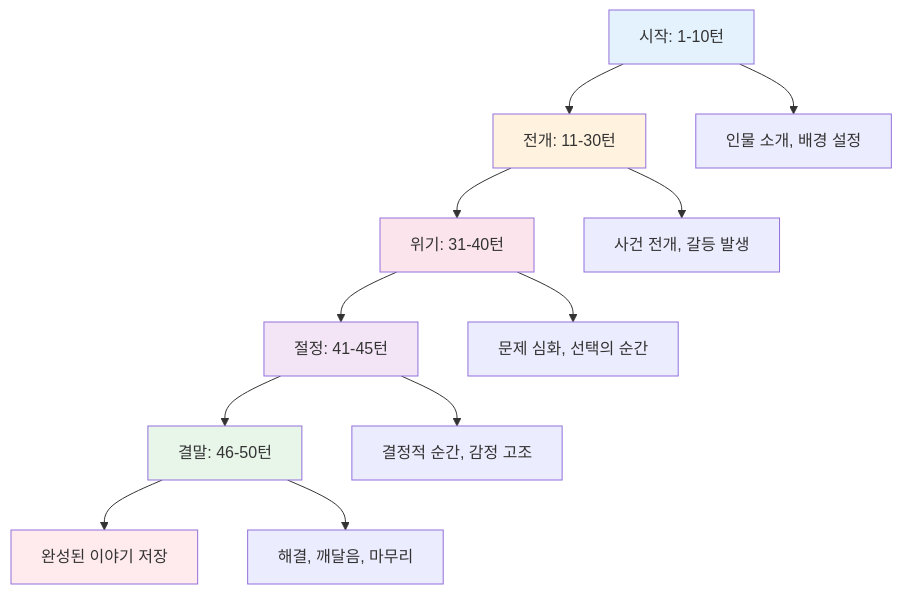
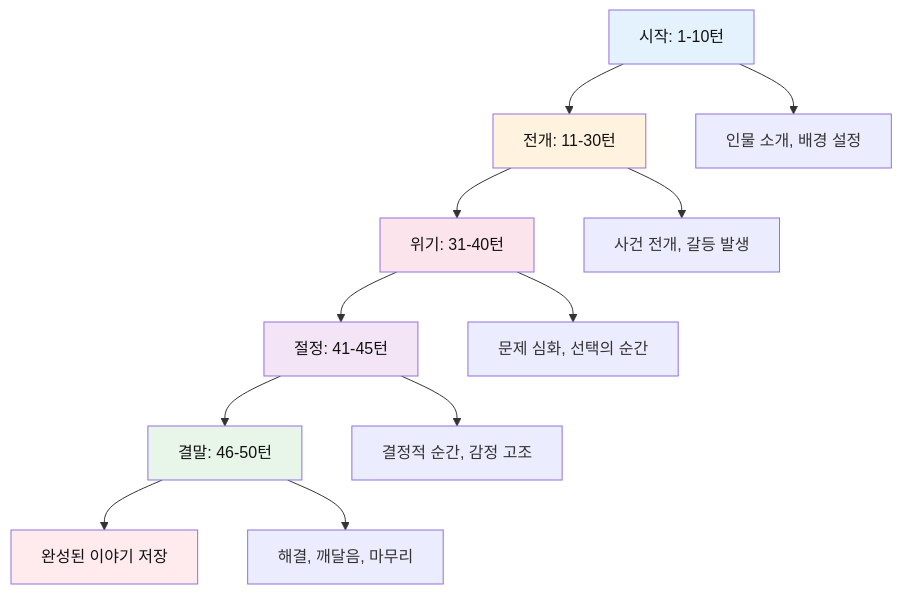
Before and after one commit to Collegenie-X/AIMakerLab_Web: the fourth of 23 diagrams in documents/6차식/6차시_고등_대화형스토리Agent_역공부.md, drawn with Mermaid. The commit also changed other lines of this file and 24 other files, not shown here.

````diff
--- a/documents/6차식/6차시_고등_대화형스토리Agent_역공부.md
+++ b/documents/6차식/6차시_고등_대화형스토리Agent_역공부.md
@@ -121,21 +148,21 @@
 ```mermaid
 graph TD
     A[시작: 1-10턴] --> B[전개: 11-30턴]
     B --> C[위기: 31-40턴]
     C --> D[절정: 41-45턴]
     D --> E[결말: 46-50턴]
     E --> F[완성된 이야기 저장]
     
     A --> A1[인물 소개, 배경 설정]
     B --> B1[사건 전개, 갈등 발생]
     C --> C1[문제 심화, 선택의 순간]
     D --> D1[결정적 순간, 감정 고조]
     E --> E1[해결, 깨달음, 마무리]
     
-    style A fill:#e3f2fd
-    style B fill:#fff3e0
-    style C fill:#fce4ec
-    style D fill:#f3e5f5
-    style E fill:#e8f5e9
-    style F fill:#ffebee
+    style A fill:#e3f2fd,color:#111
+    style B fill:#fff3e0,color:#111
+    style C fill:#fce4ec,color:#111
+    style D fill:#f3e5f5,color:#111
+    style E fill:#e8f5e9,color:#111
+    style F fill:#ffebee,color:#111
 ```
````
